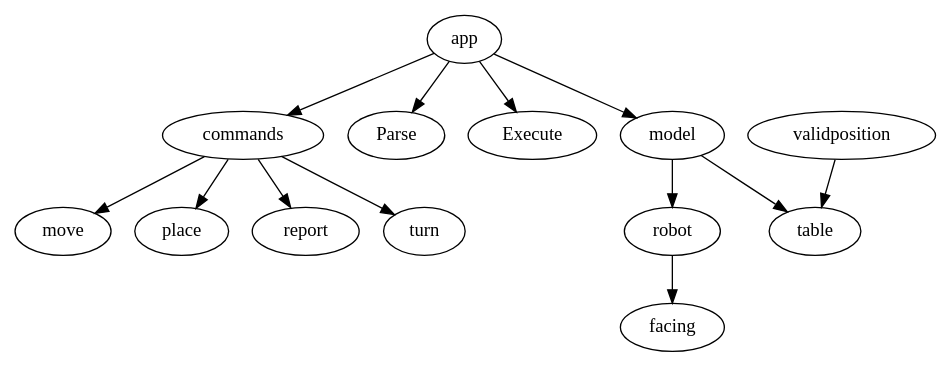
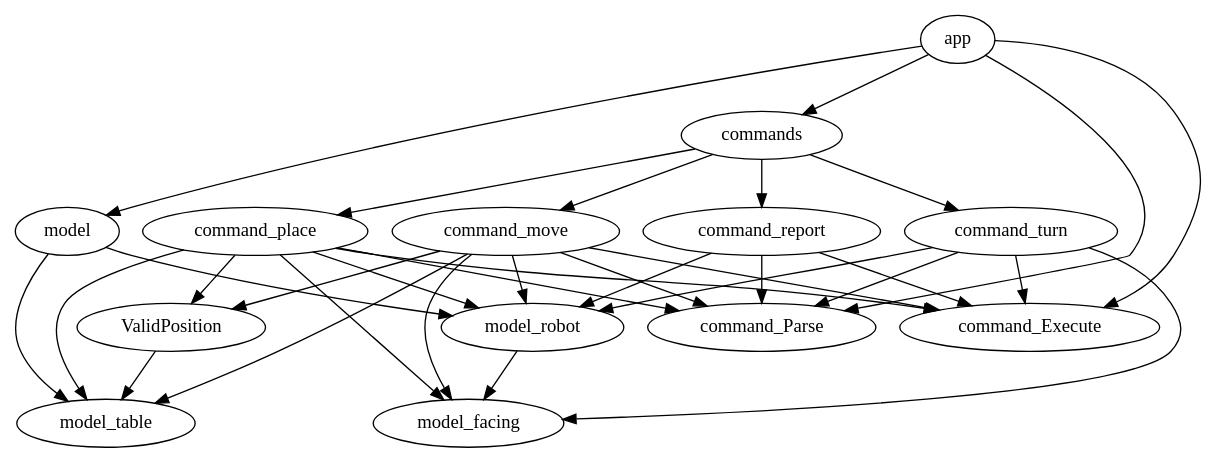
The fifth of 5 diagrams in doc.md (jnnnnn/toyrobotgolang), drawn with Graphviz before and after one commit. The commit also changed other lines of this file, not shown here.

Commit message:
final diagram

````diff
--- a/doc.md
+++ b/doc.md
@@ -75,10 +75,13 @@
 ```graphviz
 digraph {
-    app -> { model commands Parse Execute }
-    model -> { robot table }
-    robot -> { facing }
-    validposition -> { table }
-    commands -> { move place report turn }
-
+    app -> { model commands command_Parse command_Execute }
+    model -> { model_robot model_table }
+    model_robot -> { model_facing }
+    ValidPosition -> { model_table }
+    commands -> { command_move command_place command_report command_turn }
+    {command_move command_place } -> { command_Parse command_Execute ValidPosition model_robot model_table model_facing }
+    command_report -> { model_robot command_Parse command_Execute }
+    command_turn -> { model_robot model_facing command_Parse command_Execute }
+    
 }
 ```
````
